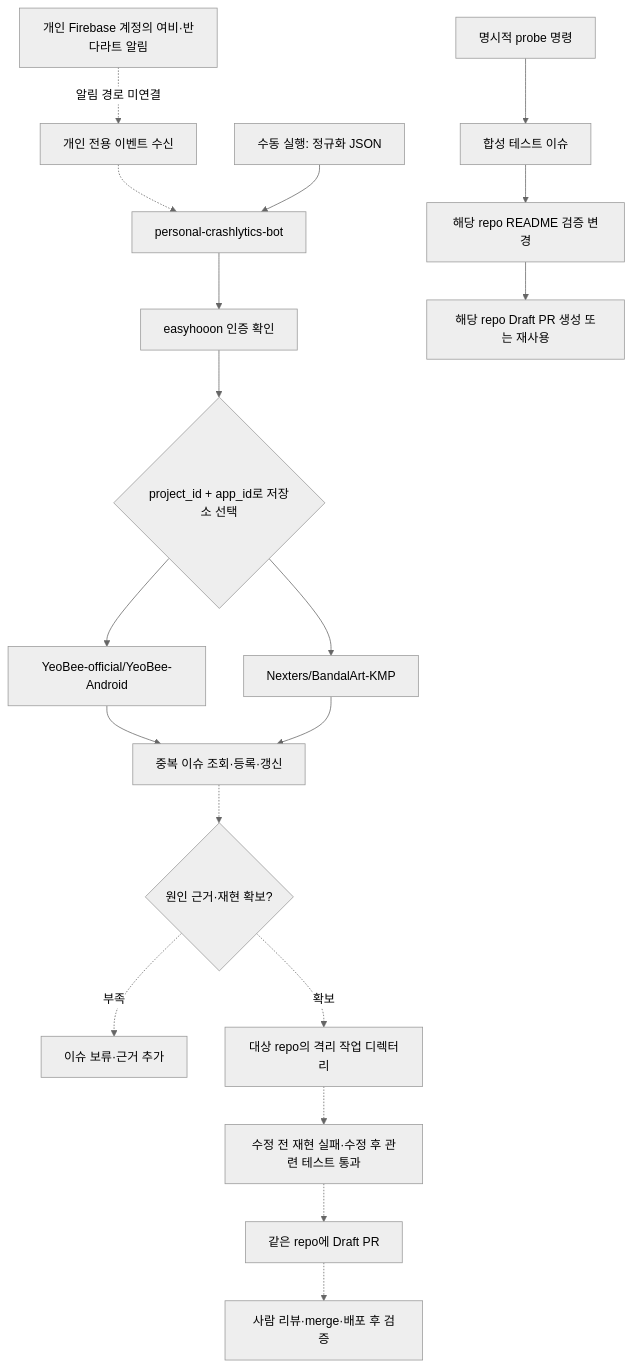
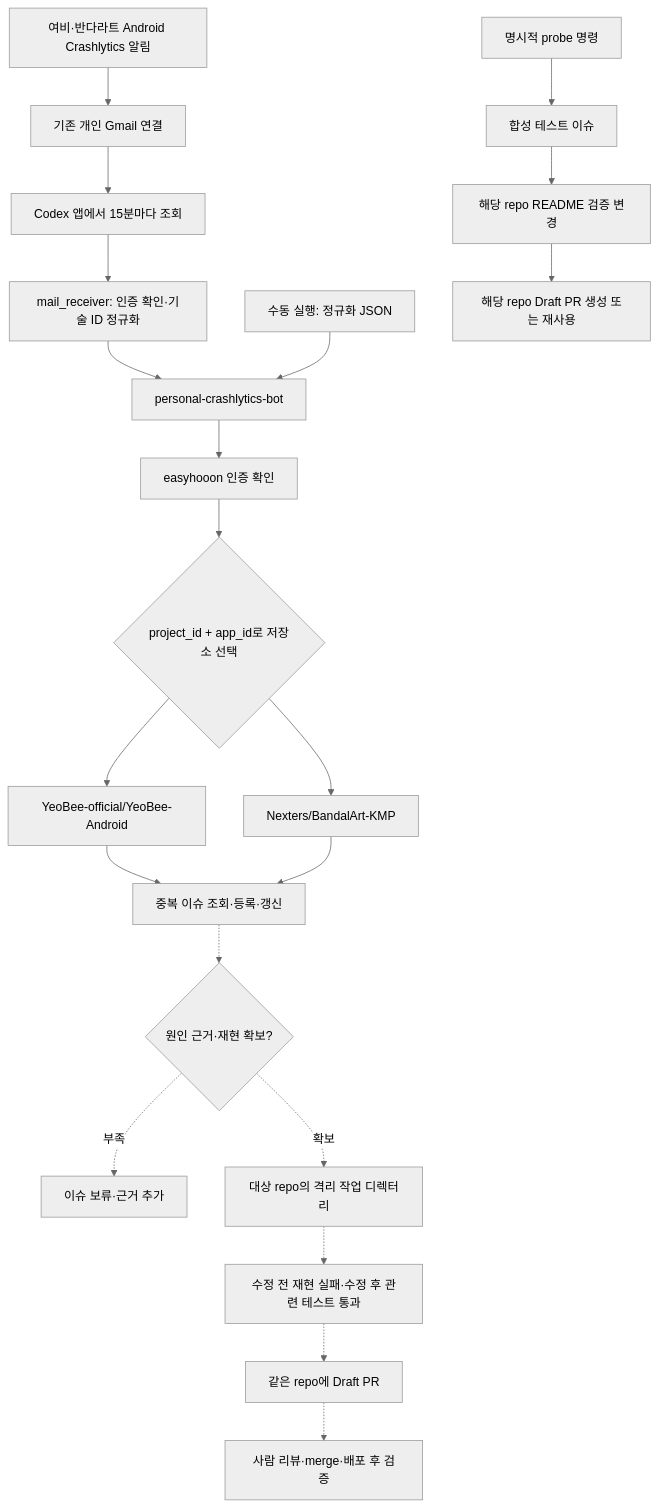
The diagram in README.md (easyhooon/personal-crashlytics-bot), drawn with Mermaid (neutral theme) before and after one commit. The commit also changed other lines of this file and 3 other files, not shown here.

Commit message:
feat: 개인 Gmail Crashlytics 알림 수신과 이슈 처리 연결

````diff
--- a/README.md
+++ b/README.md
@@ -34,21 +36,23 @@
 ```mermaid
 flowchart TD
-    A[개인 Firebase 계정의 여비·반다라트 알림] -. 알림 경로 미연결 .-> B[개인 전용 이벤트 수신]
-    B -.-> C[personal-crashlytics-bot]
+    A[여비·반다라트 Android Crashlytics 알림] --> B[기존 개인 Gmail 연결]
+    B --> G[Codex 앱에서 15분마다 조회]
+    G --> N[mail_receiver: 인증 확인·기술 ID 정규화]
+    N --> C[personal-crashlytics-bot]
     M[수동 실행: 정규화 JSON] --> C
     C --> D[easyhooon 인증 확인]
     D --> E{project_id + app_id로 저장소 선택}
     E --> Y[YeoBee-official/YeoBee-Android]
     E --> R[Nexters/BandalArt-KMP]
     Y --> I[중복 이슈 조회·등록·갱신]
     R --> I
     Q[명시적 probe 명령] --> QI[합성 테스트 이슈]
     QI --> QW[해당 repo README 검증 변경]
     QW --> QP[해당 repo Draft PR 생성 또는 재사용]
     I -.-> F{원인 근거·재현 확보?}
     F -. 부족 .-> H[이슈 보류·근거 추가]
     F -. 확보 .-> W[대상 repo의 격리 작업 디렉터리]
     W -.-> T[수정 전 재현 실패·수정 후 관련 테스트 통과]
     T -.-> P[같은 repo에 Draft PR]
     P -.-> V[사람 리뷰·merge·배포 후 검증]
 ```
````
